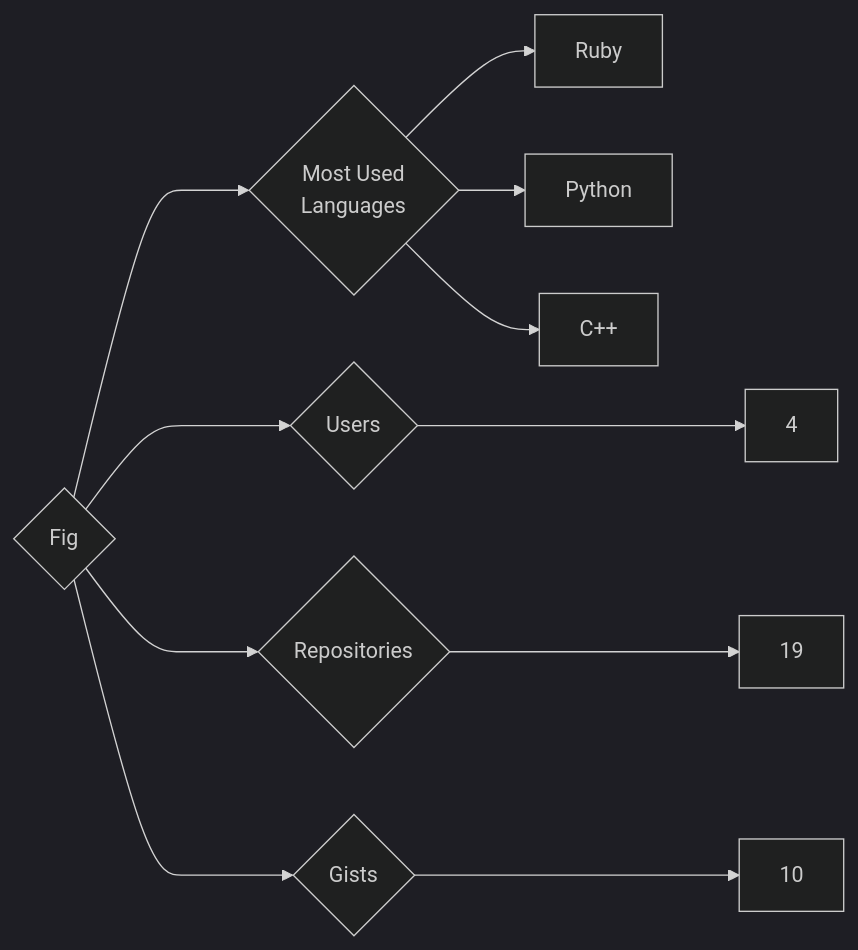
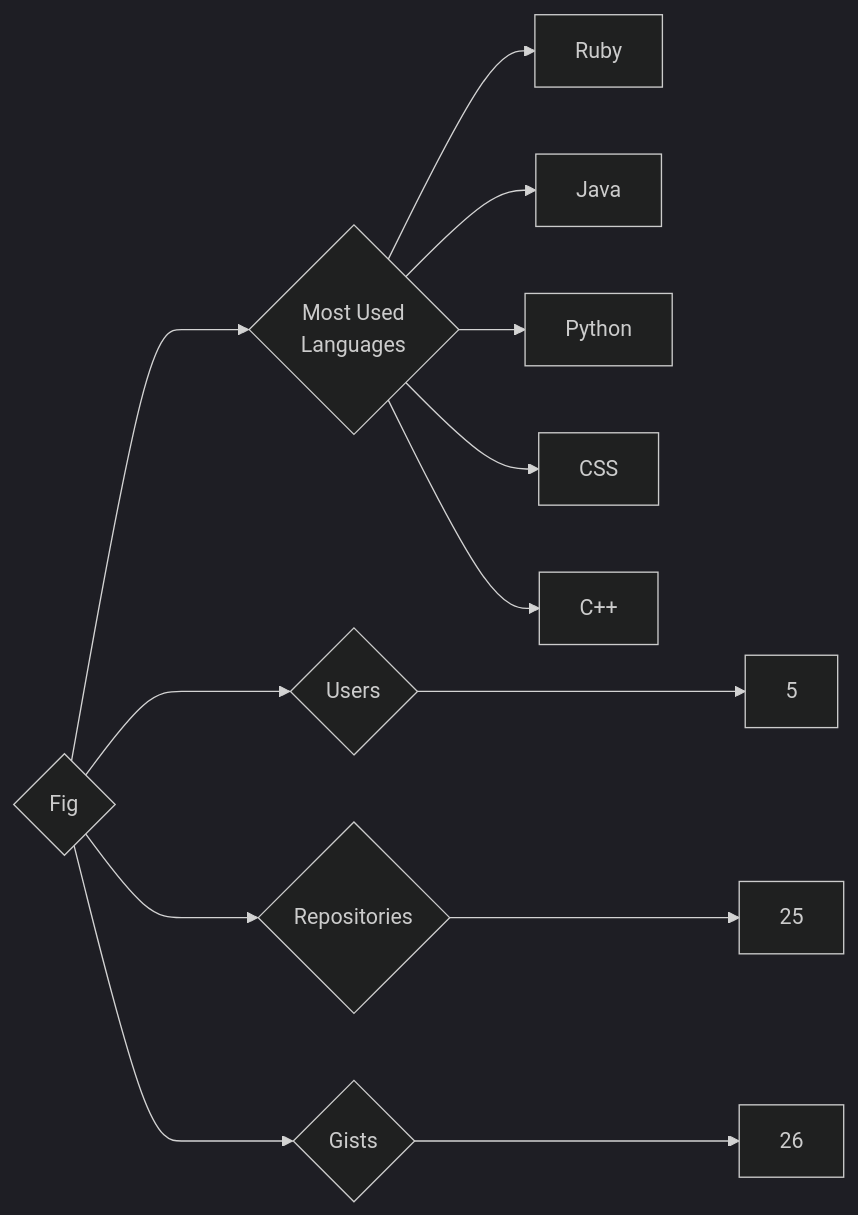
Before and after one commit to trickest/insiders: the diagram in targets/Fig/README.md, drawn with Mermaid (dark theme). The commit also changed 934 other files, not shown here.

````diff
--- a/targets/Fig/README.md
+++ b/targets/Fig/README.md
@@ -3,11 +3,13 @@
 ```mermaid
 graph LR
 COMPANY_NAME{Fig}
-COMPANY_NAME ---> U{Users} ---> UN[4]
-COMPANY_NAME ---> R{Repositories} ---> RN[19]
-COMPANY_NAME ---> G{Gists} ---> GN[10]
+COMPANY_NAME ---> U{Users} ---> UN[5]
+COMPANY_NAME ---> R{Repositories} ---> RN[25]
+COMPANY_NAME ---> G{Gists} ---> GN[26]
 COMPANY_NAME ---> ML{Most Used<br>Languages}
 ML --> Ruby[Ruby]
+ML --> Java[Java]
 ML --> Python[Python]
+ML --> CSS[CSS]
 ML --> C++[C++]
 ```
````
